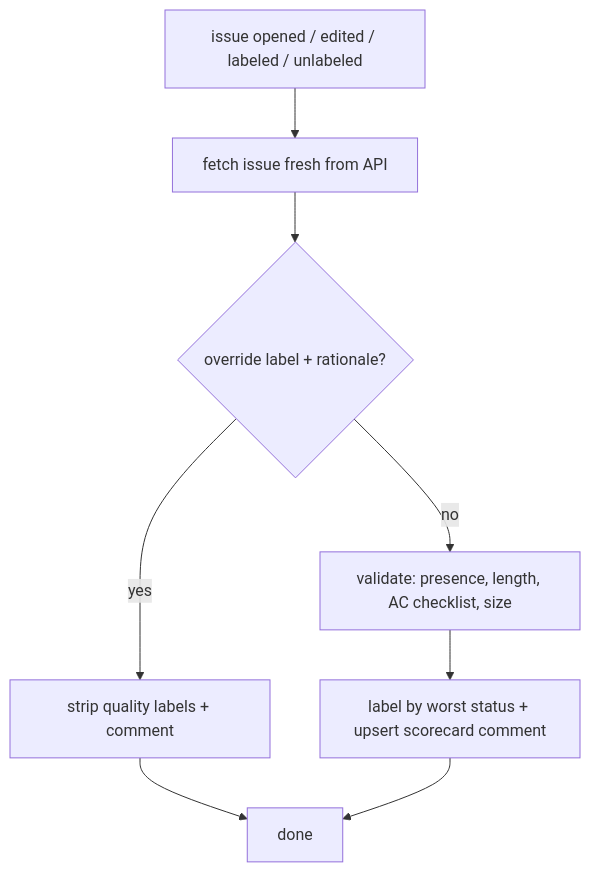
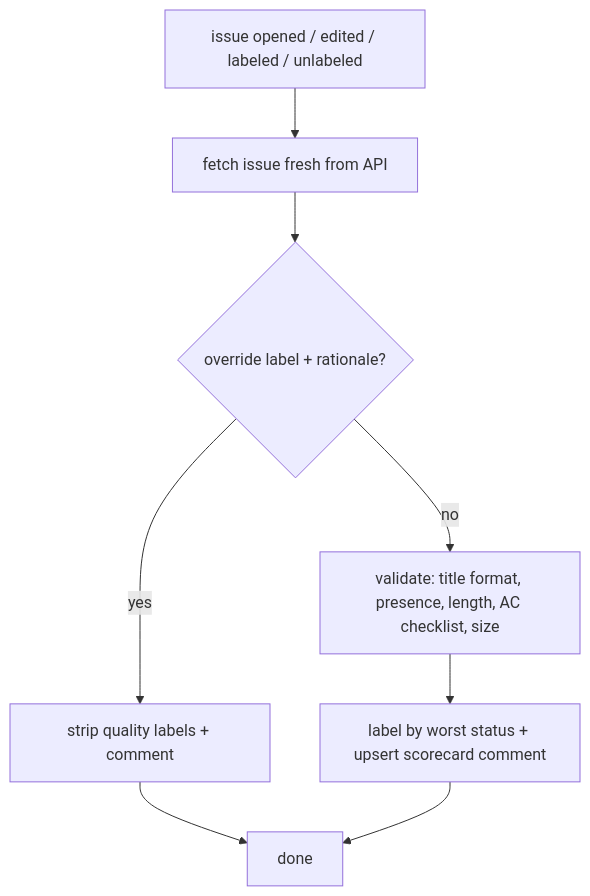
Before and after one commit to orestes-dev/issue-quality-gate: the diagram in README.md, drawn with Mermaid. The commit also changed other lines of this file and 16 other files, not shown here.

First line of the commit message:
feat: broaden quality gate, split schema.js into rules.js + constants.js (#14)

````diff
--- a/README.md
+++ b/README.md
@@ -149,8 +174,8 @@
 ```mermaid
 flowchart TD
     A[issue opened / edited / labeled / unlabeled] --> B[fetch issue fresh from API]
     B --> C{override label + rationale?}
     C -->|yes| D[strip quality labels + comment] --> Z[done]
-    C -->|no| E[validate: presence, length, AC checklist, size]
+    C -->|no| E[validate: title format, presence, length, AC checklist, size]
     E --> F[label by worst status + upsert scorecard comment] --> Z
 ```
````
